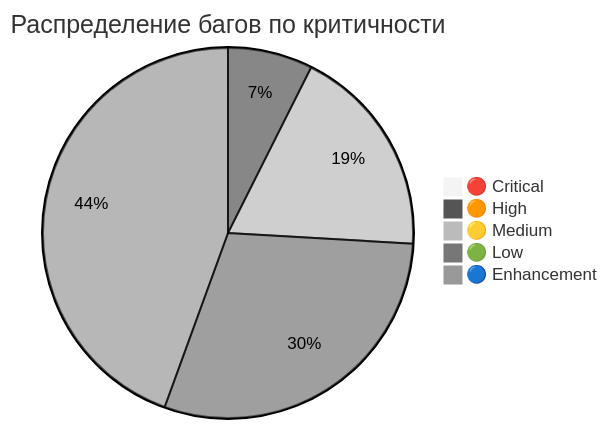
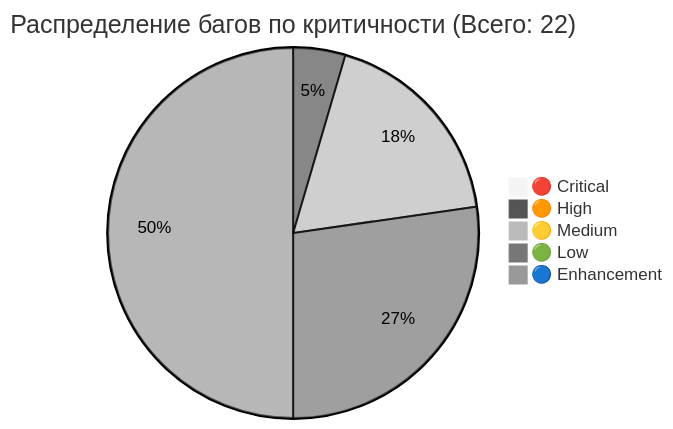
One commit to HOW2AI-AGENCY/albert3-muse-synth-studio changed the fourth of 9 diagrams in project-management/reports/team-dashboard.md. Above: the diagram before and after it, drawn with Mermaid (neutral theme). The commit also changed other lines of this file, not shown here.

````diff
--- a/project-management/reports/team-dashboard.md
+++ b/project-management/reports/team-dashboard.md
@@ -120,8 +105,8 @@
 ```mermaid
-pie title Распределение багов по критичности
+pie title Распределение багов по критичности (Всего: 22)
     "🔴 Critical" : 0
-    "🟠 High" : 2
-    "🟡 Medium" : 5
-    "🟢 Low" : 8
-    "🔵 Enhancement" : 12
+    "🟠 High" : 1
+    "🟡 Medium" : 4
+    "🟢 Low" : 6
+    "🔵 Enhancement" : 11
 ```
````
